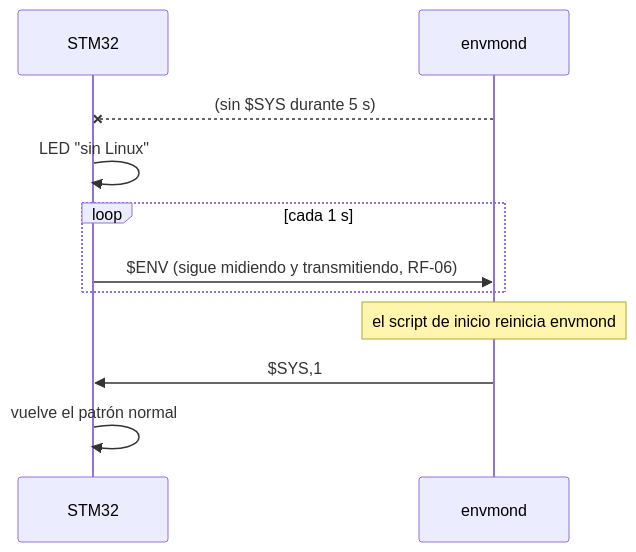
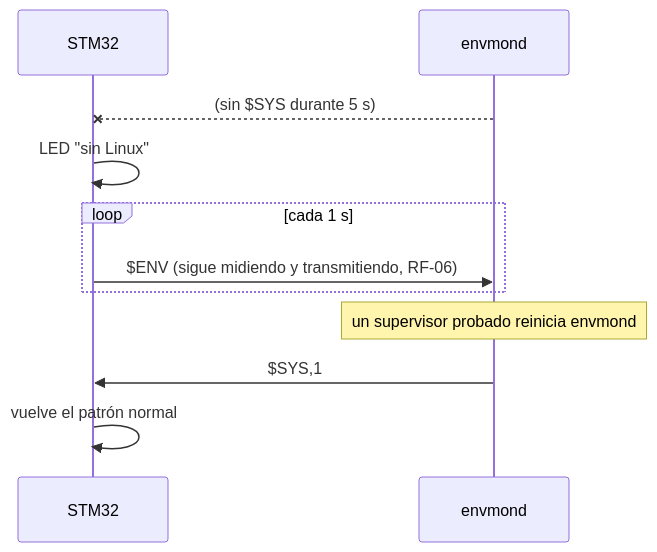
Before and after one commit to anhenaobe/smart-environmental-monitoring-system: the ninth of 9 diagrams in docs/arquitectura.md, drawn with Mermaid. The commit also changed other lines of this file and 5 other files, not shown here.

````diff
--- a/docs/arquitectura.md
+++ b/docs/arquitectura.md
@@ -262,13 +270,13 @@
 ```mermaid
 sequenceDiagram
     participant M as STM32
     participant L as envmond
     L--xM: (sin $SYS durante 5 s)
     M->>M: LED "sin Linux"
     loop cada 1 s
         M->>L: $ENV (sigue midiendo y transmitiendo, RF-06)
     end
-    Note over L: el script de inicio reinicia envmond
+    Note over L: un supervisor probado reinicia envmond
     L->>M: $SYS,1
     M->>M: vuelve el patrón normal
 ```
````
